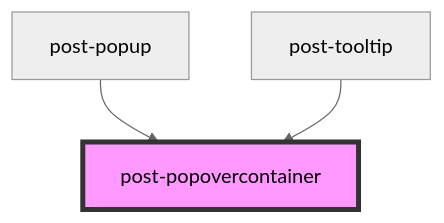
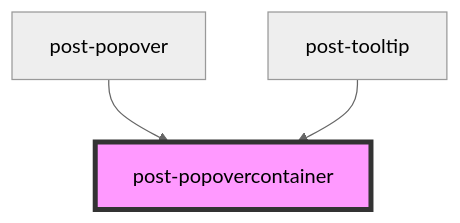
One commit to swisspost/design-system changed the diagram in packages/components/src/components/post-popovercontainer/readme.md. Above: the diagram before and after it, drawn with Mermaid (neutral theme). The commit also changed other lines of this file and 11 other files, not shown here.

Commit message:
refactor: rename post-popup to post-popover

````diff
--- a/packages/components/src/components/post-popovercontainer/readme.md
+++ b/packages/components/src/components/post-popovercontainer/readme.md
@@ -71,6 +71,6 @@
 ```mermaid
 graph TD;
-  post-popup --> post-popovercontainer
+  post-popover --> post-popovercontainer
   post-tooltip --> post-popovercontainer
   style post-popovercontainer fill:#f9f,stroke:#333,stroke-width:4px
 ```
````
